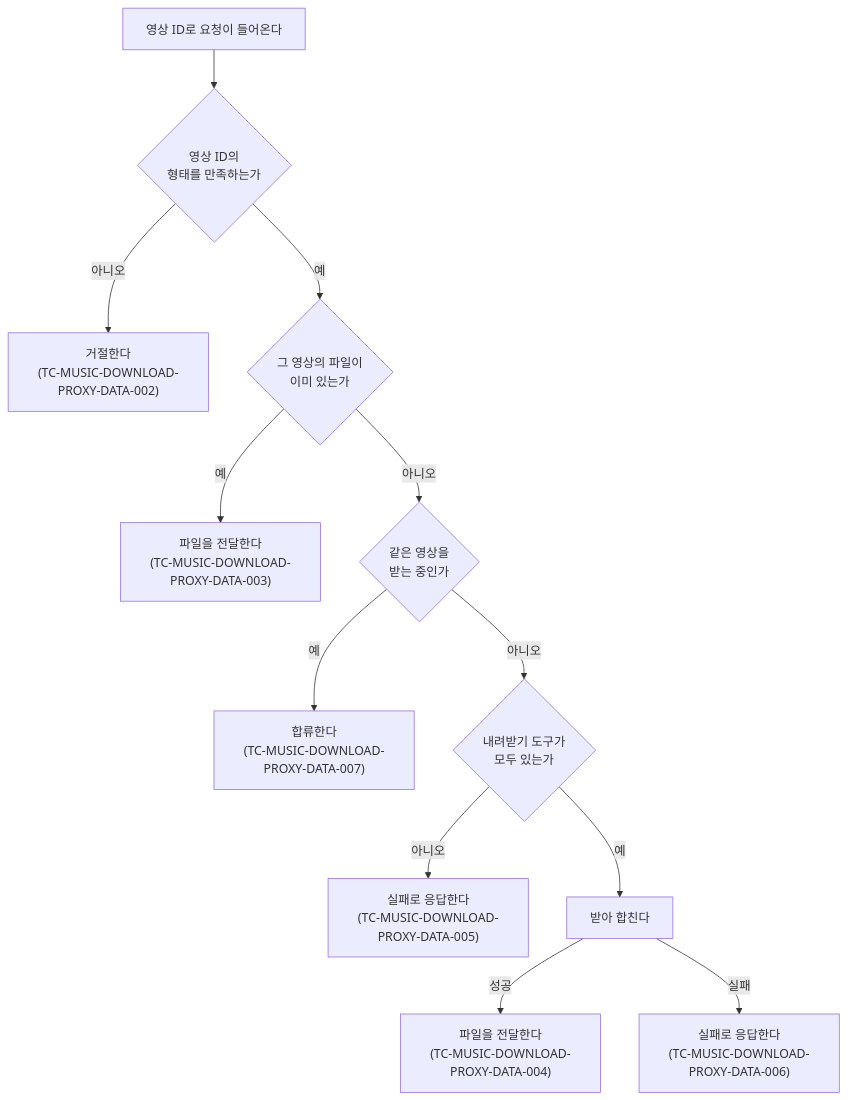
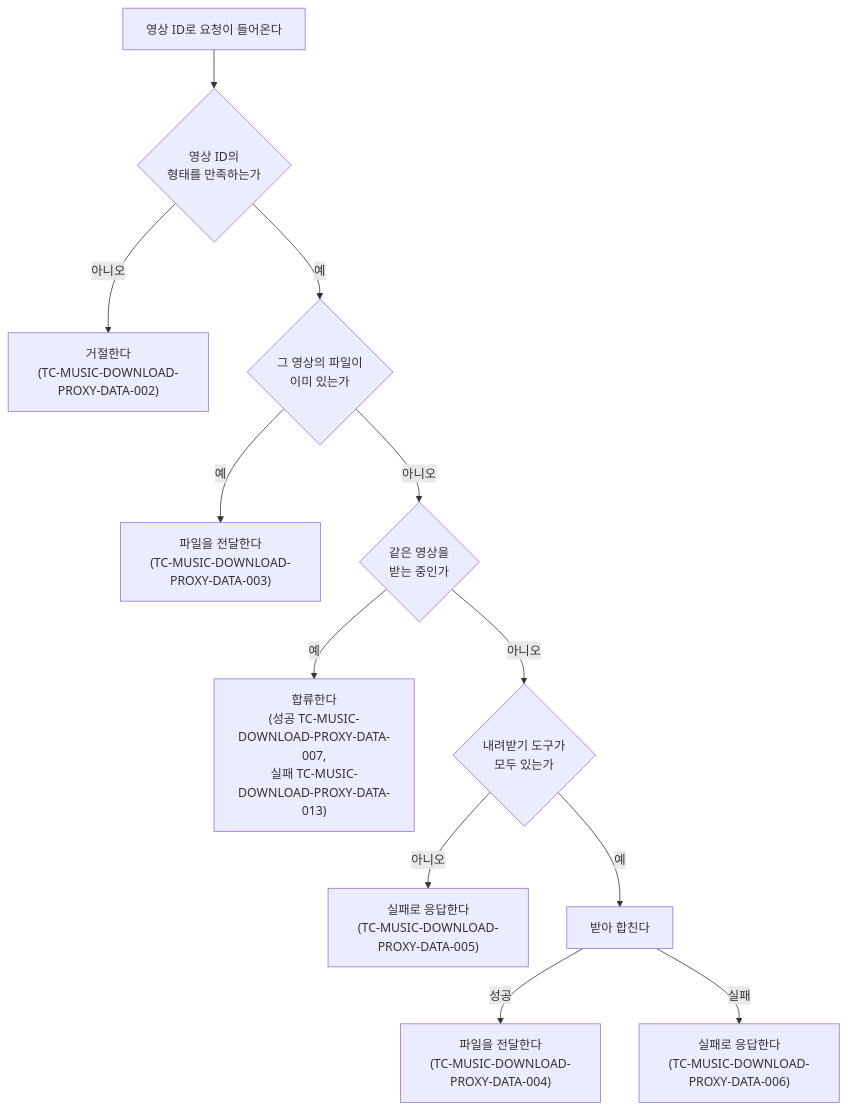
The diagram in docs/testcase/music-download-proxy.md (taetae98coding/DiaryKMP), drawn with Mermaid before and after one commit. The commit also changed other lines of this file and 492 other files, not shown here.

````diff
--- a/docs/testcase/music-download-proxy.md
+++ b/docs/testcase/music-download-proxy.md
@@ -55,14 +62,14 @@
 ```mermaid
 flowchart TD
     Request["영상 ID로 요청이 들어온다"] --> Valid{"영상 ID의<br/>형태를 만족하는가"}
     Valid -- "아니오" --> Reject["거절한다<br/>(TC-MUSIC-DOWNLOAD-PROXY-DATA-002)"]
     Valid -- "예" --> Exists{"그 영상의 파일이<br/>이미 있는가"}
     Exists -- "예" --> Send["파일을 전달한다<br/>(TC-MUSIC-DOWNLOAD-PROXY-DATA-003)"]
     Exists -- "아니오" --> Running{"같은 영상을<br/>받는 중인가"}
-    Running -- "예" --> Join["합류한다<br/>(TC-MUSIC-DOWNLOAD-PROXY-DATA-007)"]
+    Running -- "예" --> Join["합류한다<br/>(성공 TC-MUSIC-DOWNLOAD-PROXY-DATA-007,<br/>실패 TC-MUSIC-DOWNLOAD-PROXY-DATA-013)"]
     Running -- "아니오" --> Tool{"내려받기 도구가<br/>모두 있는가"}
     Tool -- "아니오" --> ToolFail["실패로 응답한다<br/>(TC-MUSIC-DOWNLOAD-PROXY-DATA-005)"]
     Tool -- "예" --> Download["받아 합친다"]
     Download -- "성공" --> Sent["파일을 전달한다<br/>(TC-MUSIC-DOWNLOAD-PROXY-DATA-004)"]
     Download -- "실패" --> Fail["실패로 응답한다<br/>(TC-MUSIC-DOWNLOAD-PROXY-DATA-006)"]
 ```
````
